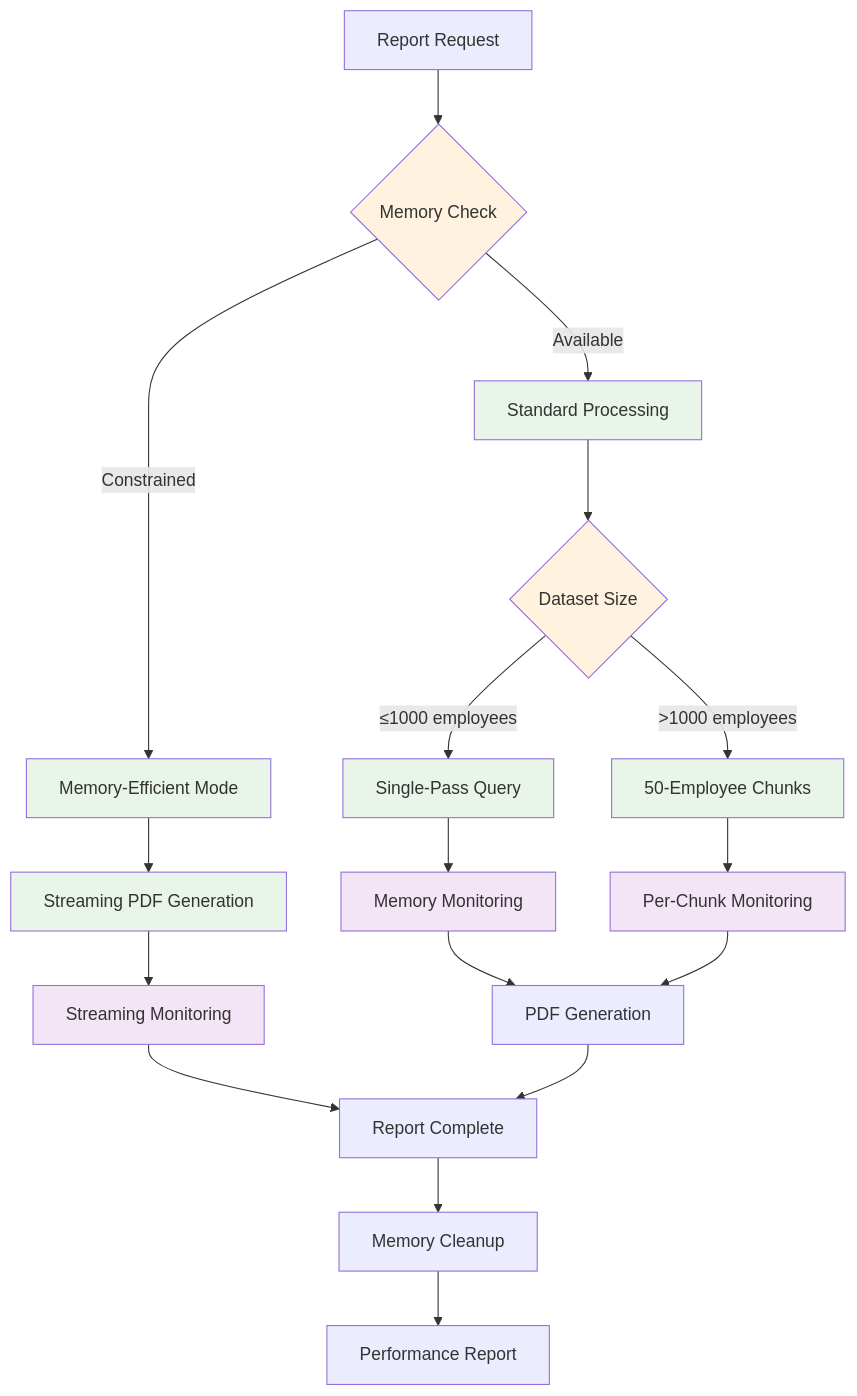
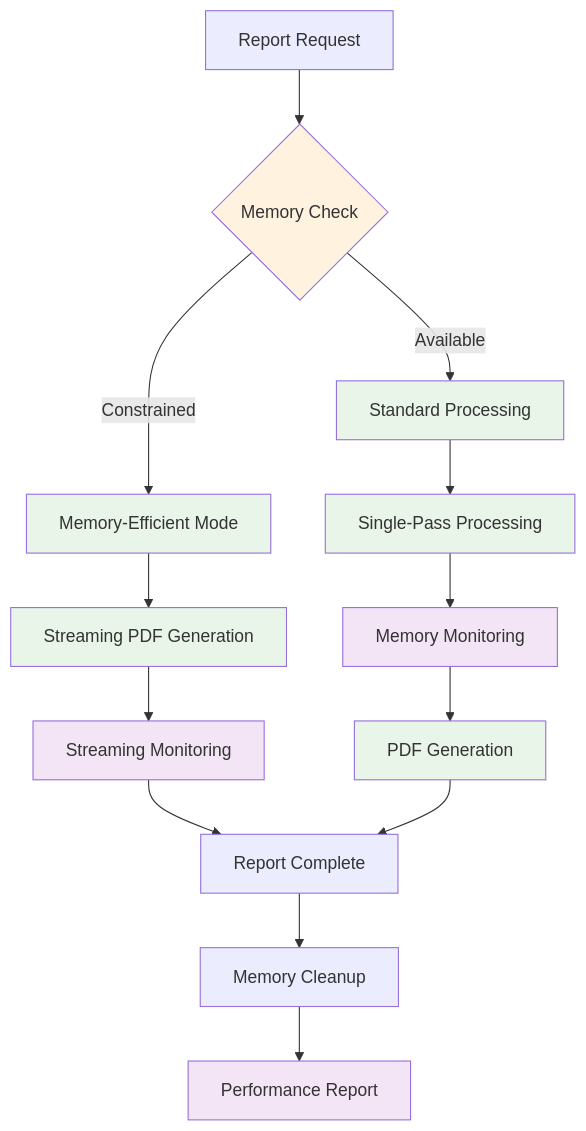
One commit to dpavelescu/certification-report-system changed the fourth of 11 diagrams in docs/pdf-generation-process.md. Above: the diagram before and after it, drawn with Mermaid. The commit also changed other lines of this file and 3 other files, not shown here.

Commit message:
feat(docs): Update performance metrics and architecture documentation for consistency and clarity

````diff
--- a/docs/pdf-generation-process.md
+++ b/docs/pdf-generation-process.md
@@ -203,32 +195,27 @@
 ```mermaid
 flowchart TD
     Start[Report Request] --> Check{Memory Check}
     Check -->|Available| Standard[Standard Processing]
     Check -->|Constrained| Efficient[Memory-Efficient Mode]
     
-    Standard --> Single{Dataset Size}
-    Single -->|≤1000 employees| SinglePass[Single-Pass Query]
-    Single -->|>1000 employees| Chunked[50-Employee Chunks]
+    Standard --> Single[Single-Pass Processing]
+    Single --> Monitor1[Memory Monitoring]
     
     Efficient --> Stream[Streaming PDF Generation]
-    
-    SinglePass --> Monitor1[Memory Monitoring]
-    Chunked --> Monitor2[Per-Chunk Monitoring]
     Stream --> Monitor3[Streaming Monitoring]
     
     Monitor1 --> Generate[PDF Generation]
-    Monitor2 --> Generate
     Monitor3 --> Complete[Report Complete]
     Generate --> Complete
     
     Complete --> Cleanup[Memory Cleanup]
     Cleanup --> Report[Performance Report]
     
     classDef decision fill:#fff3e0
     classDef process fill:#e8f5e8
     classDef monitor fill:#f3e5f5
     
-    class Check,Single decision
-    class Standard,Efficient,SinglePass,Chunked,Stream process
-    class Monitor1,Monitor2,Monitor3 monitor
+    class Check decision
+    class Standard,Efficient,Single,Stream,Generate process
+    class Monitor1,Monitor3,Report monitor
 ```
````
